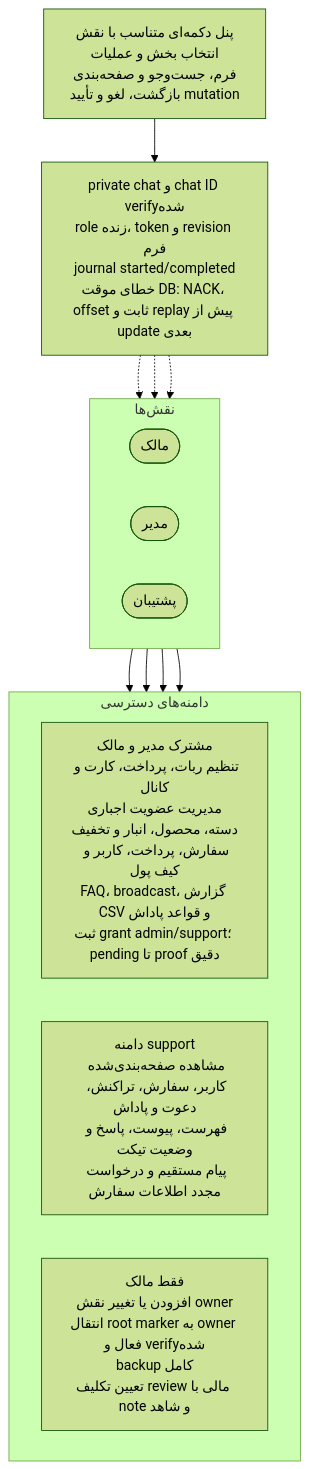
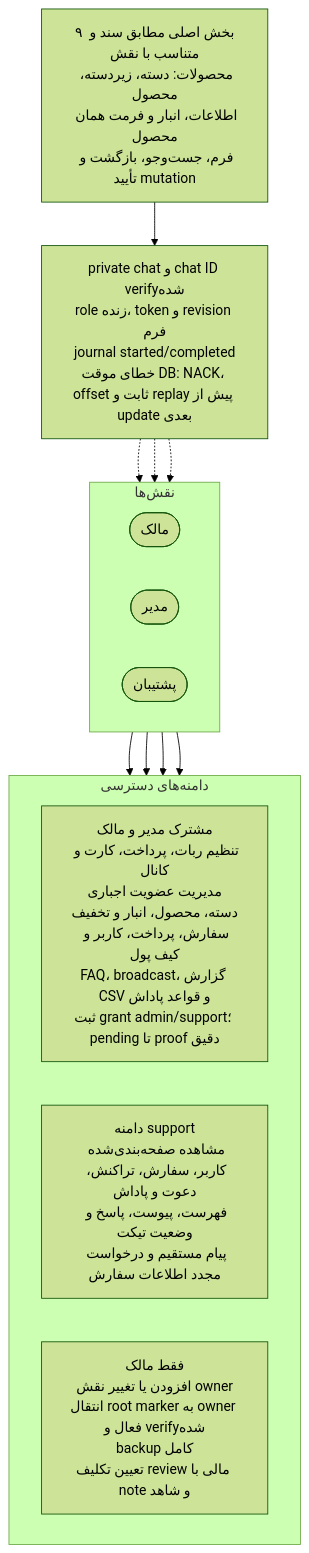
Before and after one commit to mohamadkheiry/aibotTelegram: the diagram in docs/diagrams/06-admin-use-cases.mmd, drawn with Mermaid (forest theme). The commit also changed 33 other files, not shown here.

```diff
--- a/docs/diagrams/06-admin-use-cases.mmd
+++ b/docs/diagrams/06-admin-use-cases.mmd
@@ -1,26 +1,26 @@
 flowchart TB
     subgraph Actors["نقش‌ها"]
         direction LR
         Owner(["مالک"])
         Admin(["مدیر"])
         Support(["پشتیبان"])
     end
 
     subgraph Scopes["دامنه‌های دسترسی"]
         direction LR
         Shared["مشترک مدیر و مالک<br/>تنظیم ربات، پرداخت، کارت و کانال<br/>مدیریت عضویت اجباری<br/>دسته، محصول، انبار و تخفیف<br/>سفارش، پرداخت، کاربر و کیف پول<br/>FAQ، broadcast، گزارش CSV و قواعد پاداش<br/>ثبت grant admin/support؛ pending تا proof دقیق"]
         SupportScope["دامنه support<br/>مشاهده صفحه‌بندی‌شده کاربر، سفارش، تراکنش، دعوت و پاداش<br/>فهرست، پیوست، پاسخ و وضعیت تیکت<br/>پیام مستقیم و درخواست مجدد اطلاعات سفارش"]
         OwnerOnly["فقط مالک<br/>افزودن یا تغییر نقش owner<br/>انتقال root marker به owner فعال و verifyشده<br/>backup کامل<br/>تعیین تکلیف review مالی با note و شاهد"]
     end
 
     Owner --> Shared
     Admin --> Shared
     Support --> SupportScope
     Owner --> OwnerOnly
 
-    Panel["پنل دکمه‌ای متناسب با نقش<br/>انتخاب بخش و عملیات<br/>فرم، جست‌وجو و صفحه‌بندی<br/>بازگشت، لغو و تأیید mutation"]
+    Panel["۹ بخش اصلی مطابق سند و متناسب با نقش<br/>محصولات: دسته، زیردسته، محصول<br/>اطلاعات، انبار و فرمت همان محصول<br/>فرم، جست‌وجو، بازگشت و تأیید mutation"]
     Guard["private chat و chat ID verifyشده<br/>role زنده، token و revision فرم<br/>journal started/completed<br/>خطای موقت DB: NACK، offset ثابت و replay پیش از update بعدی"]
     Panel --> Guard
     Guard -.-> Owner
     Guard -.-> Admin
     Guard -.-> Support
```
